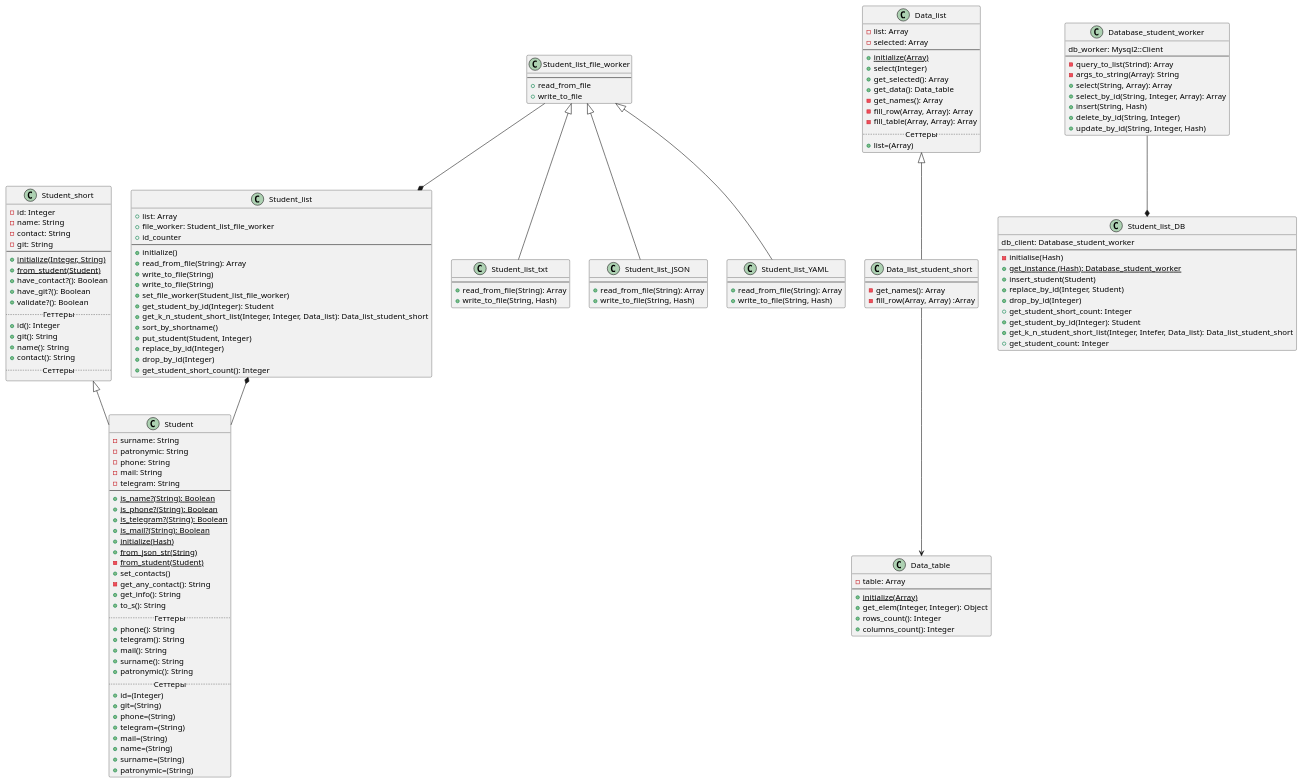
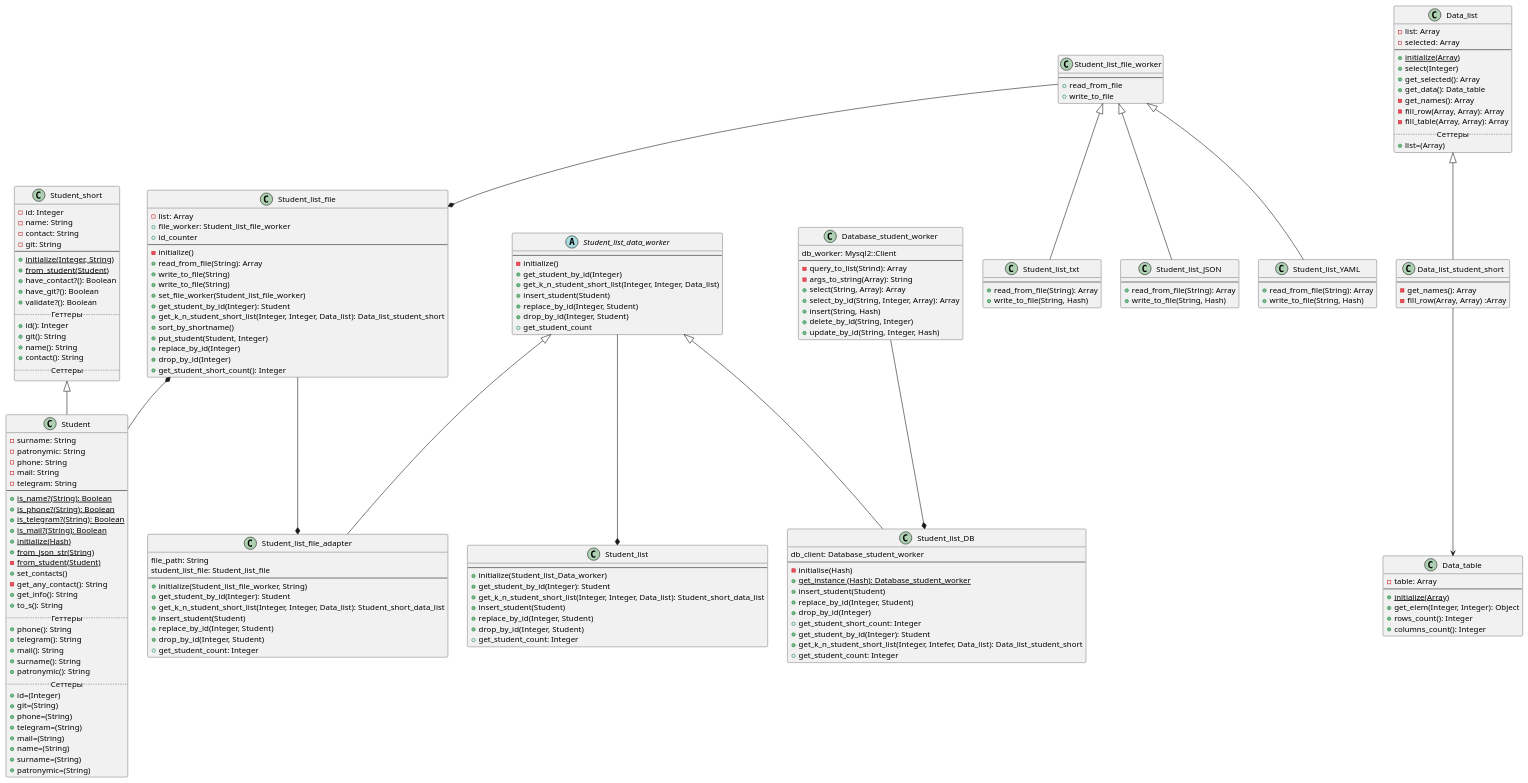
Before and after one commit to VitalijGolovij/PatternProgLabs: the diagram in Lab2/Student/diagrams/StudentDiagram.puml, drawn with PlantUML. The commit also changed 15 other files, not shown here.

```diff
--- a/Lab2/Student/diagrams/StudentDiagram.puml
+++ b/Lab2/Student/diagrams/StudentDiagram.puml
@@ -88,13 +88,13 @@
       +rows_count(): Integer
       +columns_count(): Integer
   }
-Class Student_list
+Class Student_list_file
 {
-+list: Array
+-list: Array
 +file_worker: Student_list_file_worker
 +id_counter
 --
-      +initialize()
+      -initialize()
 +read_from_file(String): Array
 +write_to_file(String)
 +write_to_file(String)
@@ -106,6 +106,43 @@
       +replace_by_id(Integer)
       +drop_by_id(Integer)
       +get_student_short_count(): Integer
+}
+
+Class Student_list_file_adapter extends Student_list_data_worker
+{
+file_path: String
+student_list_file: Student_list_file
+--
++initialize(Student_list_file_worker, String)
++get_student_by_id(Integer): Student
++get_k_n_student_short_list(Integer, Integer, Data_list): Student_short_data_list
++insert_student(Student)
++replace_by_id(Integer, Student)
++drop_by_id(Integer, Student)
++get_student_count: Integer
+}
+
+Class Student_list
+{
+--
++initialize(Student_list_Data_worker)
++get_student_by_id(Integer): Student
++get_k_n_student_short_list(Integer, Integer, Data_list): Student_short_data_list
++insert_student(Student)
++replace_by_id(Integer, Student)
++drop_by_id(Integer, Student)
++get_student_count: Integer
+}
+abstract class Student_list_data_worker
+{
+--
+-initialize()
++get_student_by_id(Integer)
++get_k_n_student_short_list(Integer, Integer, Data_list)
++insert_student(Student)
++replace_by_id(Integer, Student)
++drop_by_id(Integer, Student)
++get_student_count
 }
 
 Class Student_list_file_worker
@@ -147,7 +184,7 @@
 +delete_by_id(String, Integer)
 +update_by_id(String, Integer, Hash)
 }
-Class Student_list_DB
+Class Student_list_DB extends Student_list_data_worker
 {
 db_client: Database_student_worker
 --
@@ -162,7 +199,9 @@
 +get_student_count: Integer
 }
 Database_student_worker--*Student_list_DB
-Student_list_file_worker --* Student_list
+Student_list_data_worker --* Student_list
+Student_list_file_worker --* Student_list_file
+Student_list_file --* Student_list_file_adapter
 Data_list_student_short --> Data_table
-Student_list *-- Student
+Student_list_file *-- Student
 @enduml
```
